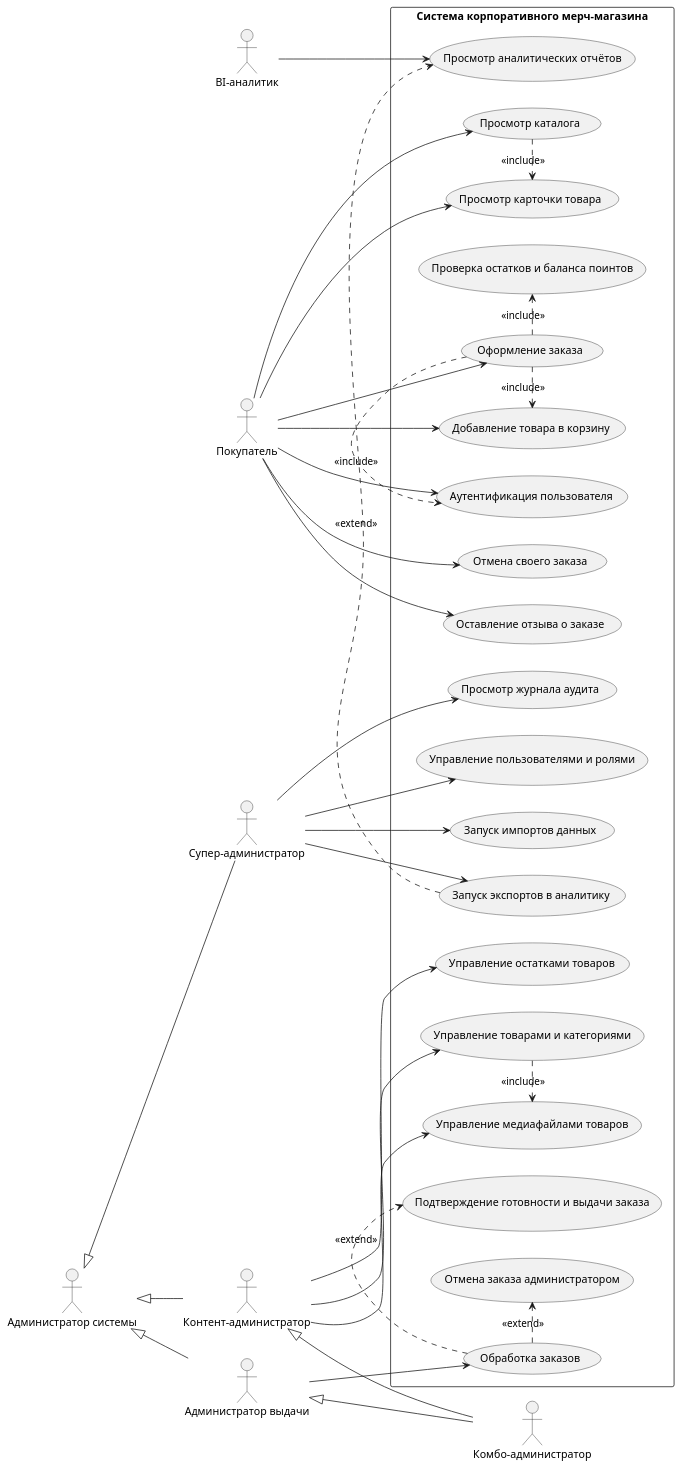
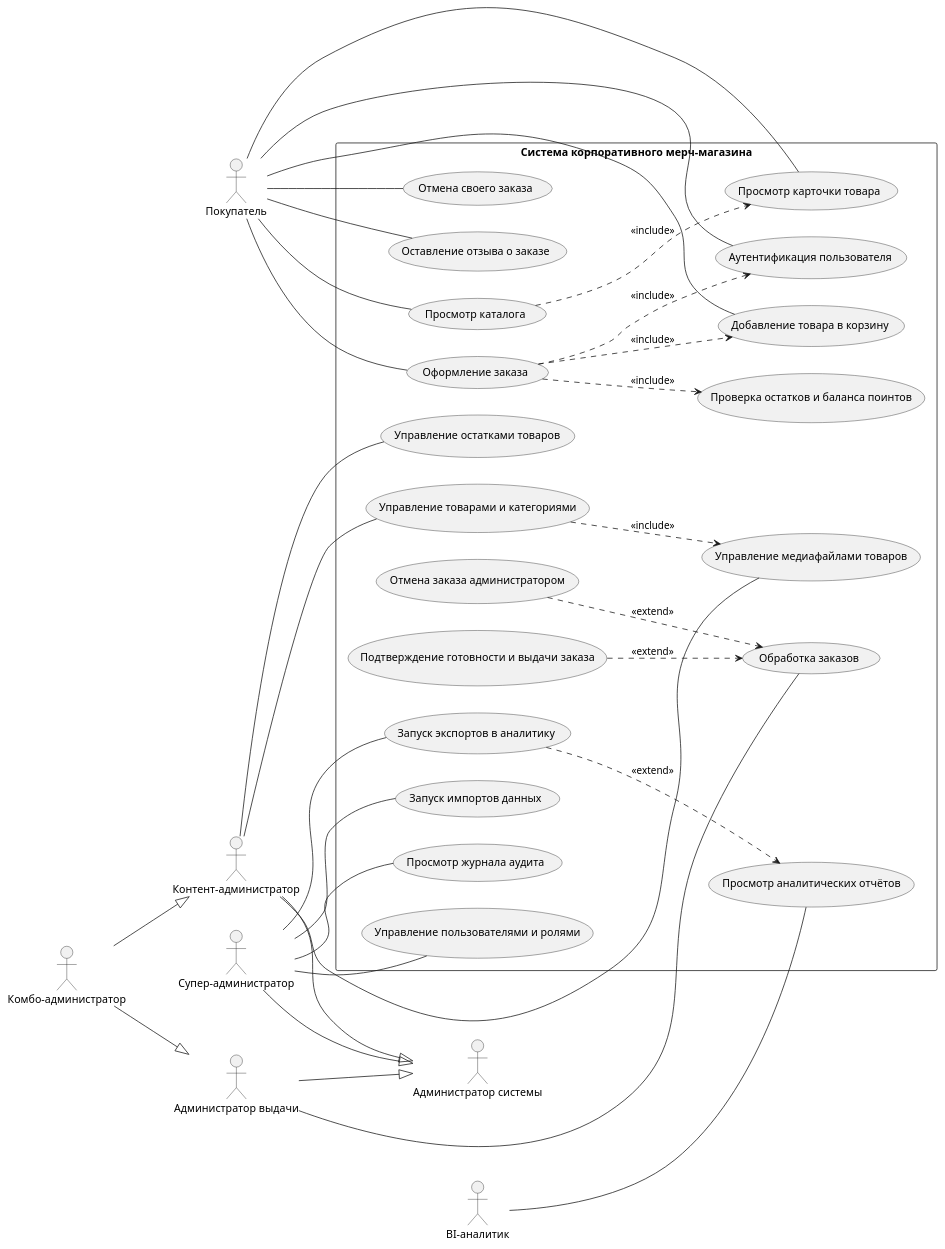
One commit to saurusel/PAPS_labs_MAOlenin changed the diagram in Lab Work № 1/PlantUML/Use-case-diagram.puml. Above: the diagram before and after it, drawn with PlantUML.

Commit message:
fix(lab1): correct actor associations and inheritance in use-case diagram

```diff
--- a/Lab Work № 1/PlantUML/Use-case-diagram.puml
+++ b/Lab Work № 1/PlantUML/Use-case-diagram.puml
@@ -1,79 +1,80 @@
 @startuml UC_MerchStore
 left to right direction
 skinparam packageStyle rectangle
 
 actor "Покупатель" as Buyer
 actor "Контент-администратор" as ContentAdmin
 actor "Администратор выдачи" as FulfillmentAdmin
 actor "Супер-администратор" as SuperAdmin
 actor "Комбо-администратор" as ComboAdmin
 actor "BI-аналитик" as BIAnalyst
 actor "Администратор системы" as Admin
 
-Admin <|-- ContentAdmin
-Admin <|-- FulfillmentAdmin
-Admin <|-- SuperAdmin
-ContentAdmin <|-- ComboAdmin
-FulfillmentAdmin <|-- ComboAdmin
+' Исправленное наследование: стрелки указывают на родителя
+ContentAdmin --|> Admin
+FulfillmentAdmin --|> Admin
+SuperAdmin --|> Admin
+ComboAdmin --|> ContentAdmin
+ComboAdmin --|> FulfillmentAdmin
 
 rectangle "Система корпоративного мерч-магазина" as System {
     usecase "Аутентификация пользователя" as UC_Auth
     usecase "Просмотр каталога" as UC_Browse
     usecase "Просмотр карточки товара" as UC_Product
     usecase "Добавление товара в корзину" as UC_AddCart
     usecase "Оформление заказа" as UC_PlaceOrder
     usecase "Отмена своего заказа" as UC_CancelOwn
     usecase "Оставление отзыва о заказе" as UC_Review
 
     usecase "Управление товарами и категориями" as UC_ManageProducts
     usecase "Управление медиафайлами товаров" as UC_Media
     usecase "Управление остатками товаров" as UC_Stock
 
     usecase "Обработка заказов" as UC_ProcessOrders
     usecase "Отмена заказа администратором" as UC_CancelOrder
     usecase "Подтверждение готовности и выдачи заказа" as UC_CompleteOrder
 
     usecase "Управление пользователями и ролями" as UC_Users
     usecase "Запуск импортов данных" as UC_Imports
     usecase "Запуск экспортов в аналитику" as UC_Exports
     usecase "Просмотр журнала аудита" as UC_Audit
 
     usecase "Просмотр аналитических отчётов" as UC_Analytics
-
     usecase "Проверка остатков и баланса поинтов" as UC_Check
 }
 
-Buyer --> UC_Auth
-Buyer --> UC_Browse
-Buyer --> UC_Product
-Buyer --> UC_AddCart
-Buyer --> UC_PlaceOrder
-Buyer --> UC_CancelOwn
-Buyer --> UC_Review
+' Без стрелок
+Buyer -- UC_Auth
+Buyer -- UC_Browse
+Buyer -- UC_Product
+Buyer -- UC_AddCart
+Buyer -- UC_PlaceOrder
+Buyer -- UC_CancelOwn
+Buyer -- UC_Review
 
-ContentAdmin --> UC_ManageProducts
-ContentAdmin --> UC_Media
-ContentAdmin --> UC_Stock
+ContentAdmin -- UC_ManageProducts
+ContentAdmin -- UC_Media
+ContentAdmin -- UC_Stock
 
-FulfillmentAdmin --> UC_ProcessOrders
+FulfillmentAdmin -- UC_ProcessOrders
 
-SuperAdmin --> UC_Users
-SuperAdmin --> UC_Imports
-SuperAdmin --> UC_Exports
-SuperAdmin --> UC_Audit
+SuperAdmin -- UC_Users
+SuperAdmin -- UC_Imports
+SuperAdmin -- UC_Exports
+SuperAdmin -- UC_Audit
 
-BIAnalyst --> UC_Analytics
+BIAnalyst -- UC_Analytics
 
-UC_Browse .> UC_Product : <<include>>
-UC_PlaceOrder .> UC_AddCart : <<include>>
-UC_PlaceOrder .> UC_Check : <<include>>
-UC_PlaceOrder .> UC_Auth : <<include>>
+UC_Browse ..> UC_Product : <<include>>
+UC_PlaceOrder ..> UC_AddCart : <<include>>
+UC_PlaceOrder ..> UC_Check : <<include>>
+UC_PlaceOrder ..> UC_Auth : <<include>>
 
-UC_ManageProducts .> UC_Media : <<include>>
+UC_ManageProducts ..> UC_Media : <<include>>
 
-UC_ProcessOrders .> UC_CancelOrder : <<extend>>
-UC_ProcessOrders .> UC_CompleteOrder : <<extend>>
+UC_CancelOrder ..> UC_ProcessOrders : <<extend>>
+UC_CompleteOrder ..> UC_ProcessOrders : <<extend>>
 
-UC_Exports .> UC_Analytics : <<extend>>
+UC_Exports ..> UC_Analytics : <<extend>>
 
 @enduml
```
